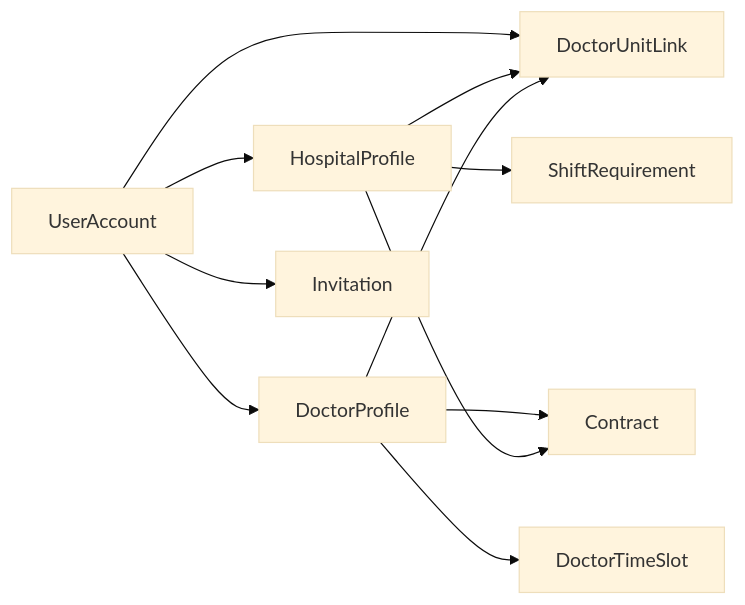
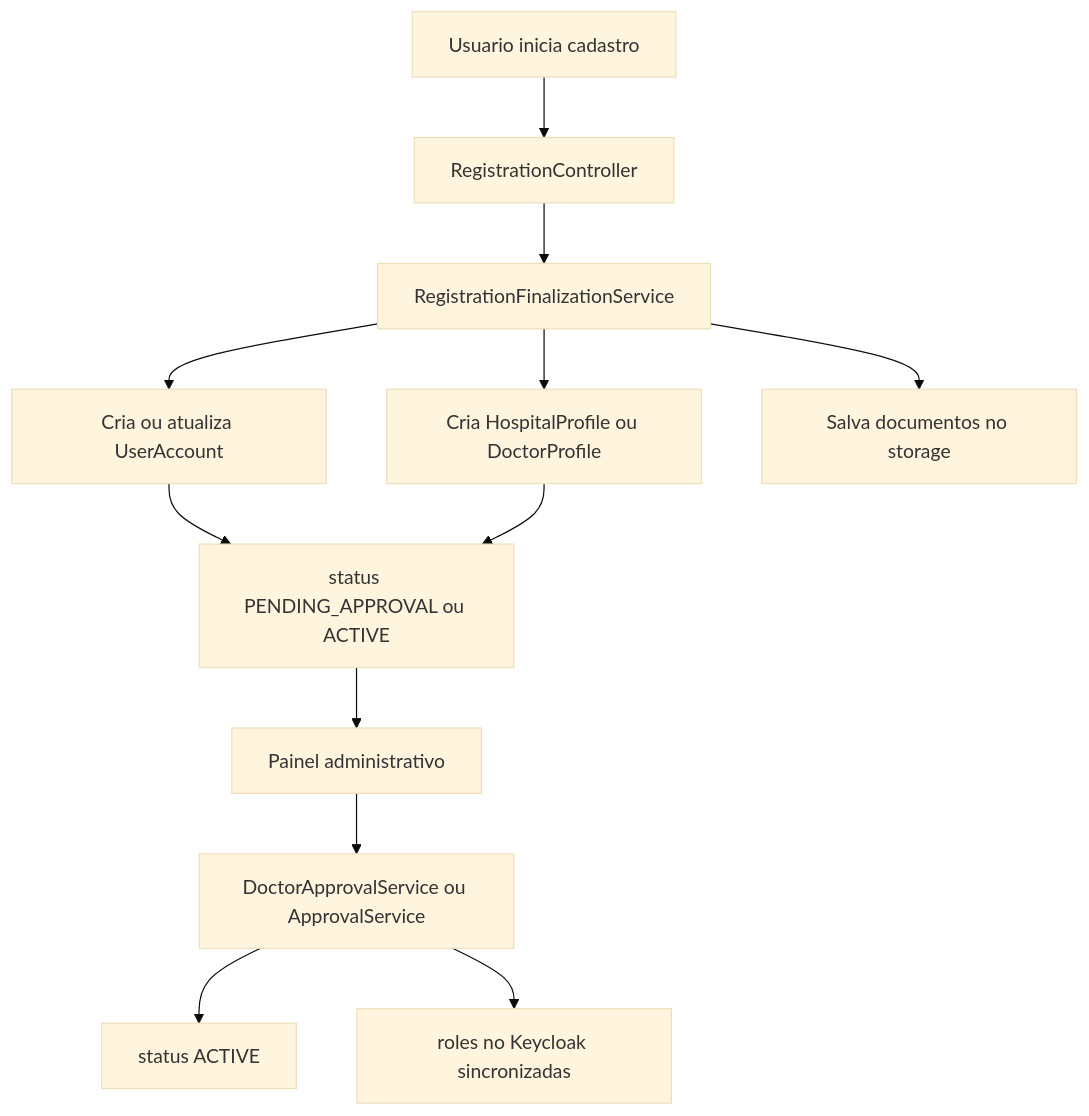
The third of 7 diagrams in org.tws.by2/docs/backend-java-fluxo.md (thousandtws-tech/tws-fht-clinca-b2y), drawn with Mermaid (base theme) before and after one commit. The commit also changed other lines of this file, not shown here.

````diff
--- a/org.tws.by2/docs/backend-java-fluxo.md
+++ b/org.tws.by2/docs/backend-java-fluxo.md
@@ -430,14 +498,14 @@
 ```mermaid
-flowchart LR
-  UA[UserAccount] --> HP[HospitalProfile]
-  UA --> DP[DoctorProfile]
-  UA --> INV[Invitation]
-  UA --> DRL[DoctorUnitLink]
-
-  HP --> DRL
-  DP --> DRL
-  DP --> TS[DoctorTimeSlot]
-  DP --> CT[Contract]
-  HP --> SR[ShiftRequirement]
-  HP --> CT
+flowchart TD
+  A[Usuario inicia cadastro] --> B[RegistrationController]
+  B --> C[RegistrationFinalizationService]
+  C --> D[Cria ou atualiza UserAccount]
+  C --> E[Cria HospitalProfile ou DoctorProfile]
+  C --> F[Salva documentos no storage]
+  D --> G[status PENDING_APPROVAL ou ACTIVE]
+  E --> G
+  G --> H[Painel administrativo]
+  H --> I[DoctorApprovalService ou ApprovalService]
+  I --> J[status ACTIVE]
+  I --> K[roles no Keycloak sincronizadas]
 ```
````
